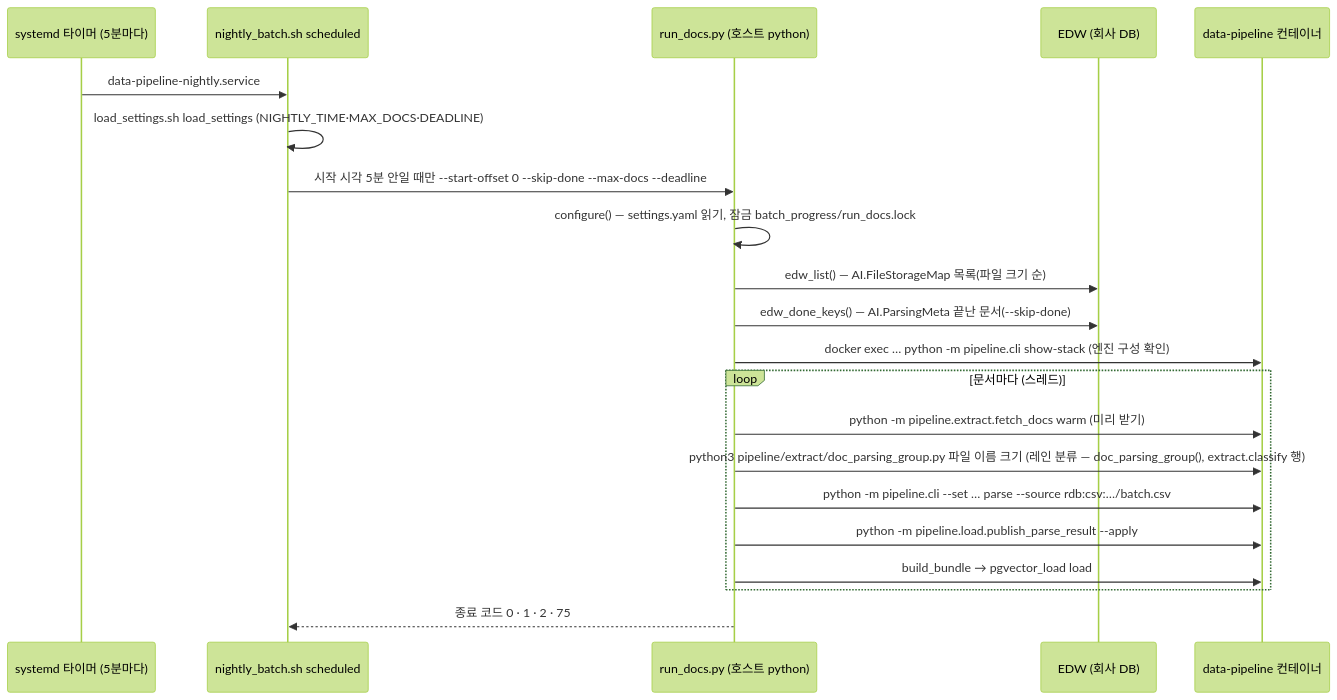
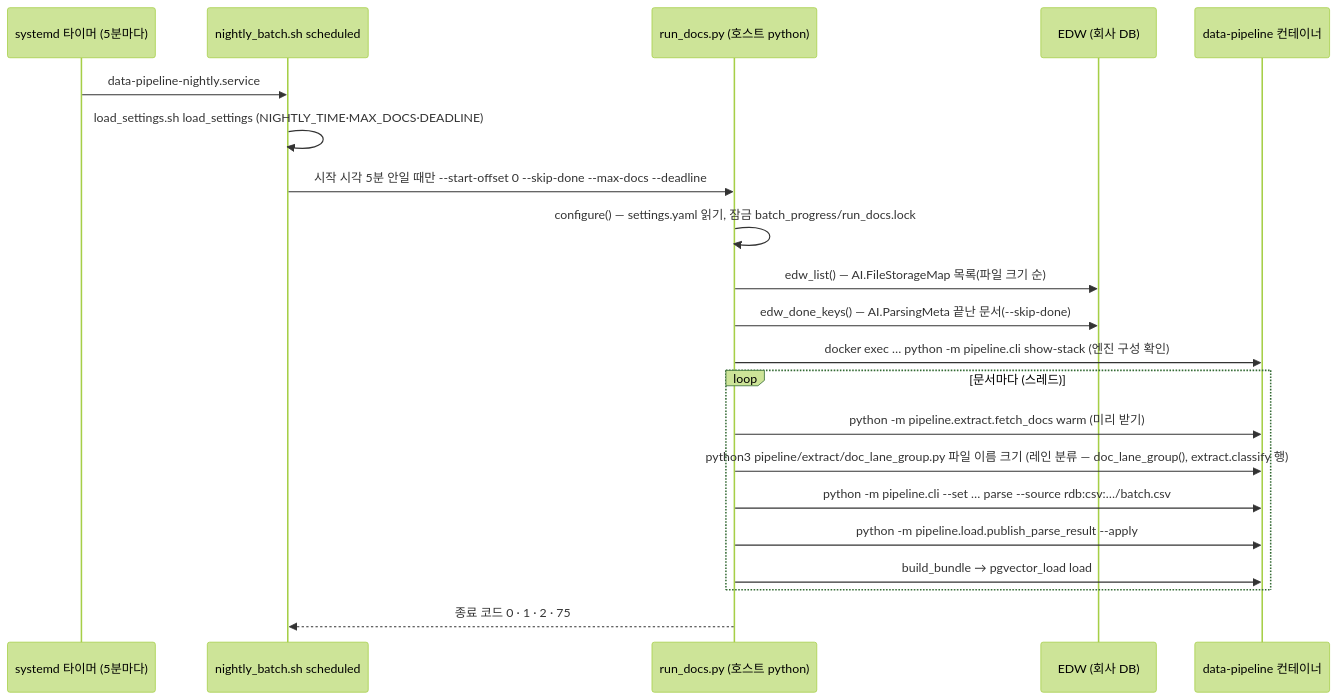
The second of 11 diagrams in docs/architecture/parse_flow.md (gigasamba/sbl_data_parsing), drawn with Mermaid (forest theme) before and after one commit. The commit also changed other lines of this file and 8 other files, not shown here.

First line of the commit message:
rename doc_parsing_group -> doc_lane_group (user 11-05: it picks the run_docs lane)

````diff
--- a/docs/architecture/parse_flow.md
+++ b/docs/architecture/parse_flow.md
@@ -33,23 +33,23 @@
 ```mermaid
 sequenceDiagram
     participant T as systemd 타이머 (5분마다)
     participant S as nightly_batch.sh scheduled
     participant R as run_docs.py (호스트 python)
     participant E as EDW (회사 DB)
     participant C as data-pipeline 컨테이너
     T->>S: data-pipeline-nightly.service
     S->>S: load_settings.sh load_settings (NIGHTLY_TIME·MAX_DOCS·DEADLINE)
     S->>R: 시작 시각 5분 안일 때만 --start-offset 0 --skip-done --max-docs --deadline
     R->>R: configure() — settings.yaml 읽기, 잠금 batch_progress/run_docs.lock
     R->>E: edw_list() — AI.FileStorageMap 목록(파일 크기 순)
     R->>E: edw_done_keys() — AI.ParsingMeta 끝난 문서(--skip-done)
     R->>C: docker exec … python -m pipeline.cli show-stack (엔진 구성 확인)
     loop 문서마다 (스레드)
         R->>C: python -m pipeline.extract.fetch_docs warm (미리 받기)
-        R->>C: python3 pipeline/extract/doc_parsing_group.py 파일 이름 크기 (레인 분류 — doc_parsing_group(), extract.classify 행)
+        R->>C: python3 pipeline/extract/doc_lane_group.py 파일 이름 크기 (레인 분류 — doc_lane_group(), extract.classify 행)
         R->>C: python -m pipeline.cli --set … parse --source rdb:csv:…/batch.csv
         R->>C: python -m pipeline.load.publish_parse_result --apply
         R->>C: build_bundle → pgvector_load load
     end
     R-->>S: 종료 코드 0 · 1 · 2 · 75
 ```
````
